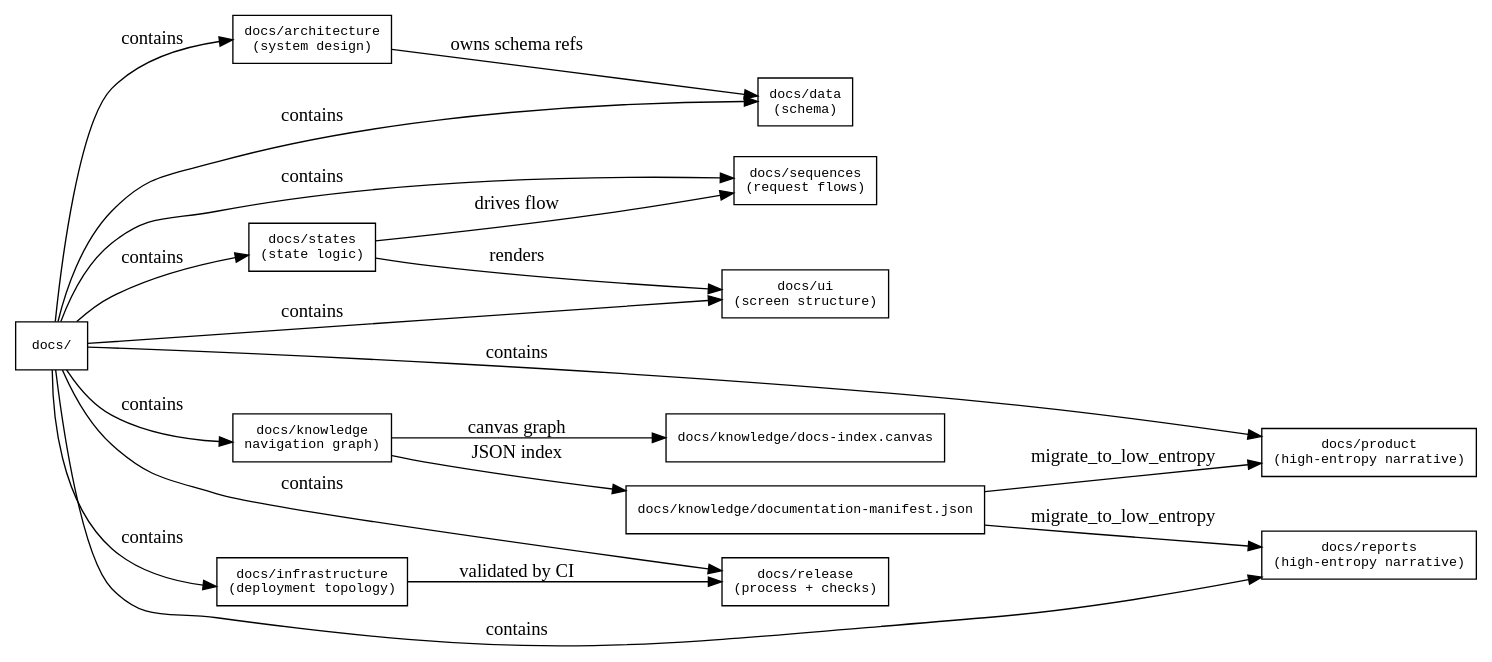
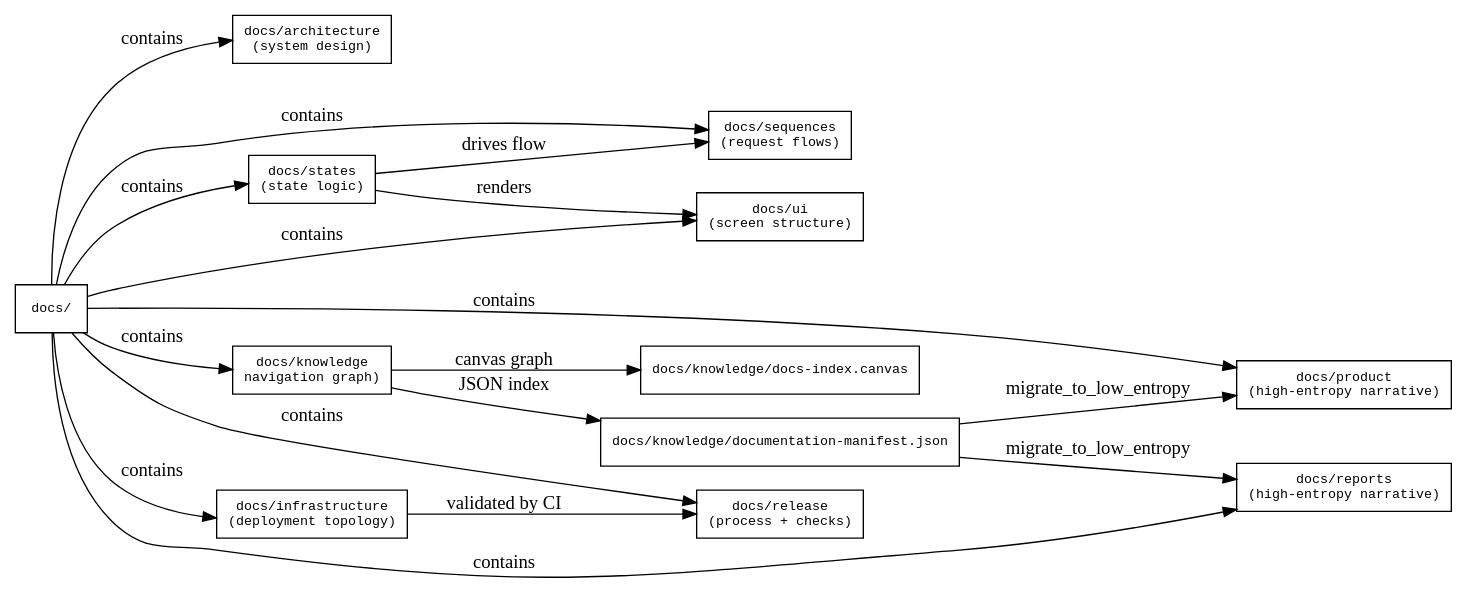
Before and after one commit to harishyadavcontact-alt/KHAL: the diagram in docs/architecture/documentation-topology.dot, drawn with Graphviz. The commit also changed 31 other files, not shown here.

```diff
--- a/docs/architecture/documentation-topology.dot
+++ b/docs/architecture/documentation-topology.dot
@@ -1,39 +1,36 @@
 digraph documentation_topology {
   rankdir=LR
   node [shape=box fontname="monospace" fontsize=10]
 
   DocsRoot [label="docs/"]
   Architecture [label="docs/architecture\n(system design)"]
-  Data [label="docs/data\n(schema)" ]
   States [label="docs/states\n(state logic)"]
   Sequences [label="docs/sequences\n(request flows)"]
   UI [label="docs/ui\n(screen structure)"]
   Knowledge [label="docs/knowledge\nnavigation graph)"]
   Infra [label="docs/infrastructure\n(deployment topology)"]
   Product [label="docs/product\n(high-entropy narrative)"]
   Reports [label="docs/reports\n(high-entropy narrative)"]
   Release [label="docs/release\n(process + checks)"]
 
   Manifest [label="docs/knowledge/documentation-manifest.json"]
   DocsIndex [label="docs/knowledge/docs-index.canvas"]
 
   DocsRoot -> Architecture [label="contains"]
-  DocsRoot -> Data [label="contains"]
   DocsRoot -> States [label="contains"]
   DocsRoot -> Sequences [label="contains"]
   DocsRoot -> UI [label="contains"]
   DocsRoot -> Knowledge [label="contains"]
   DocsRoot -> Infra [label="contains"]
   DocsRoot -> Product [label="contains"]
   DocsRoot -> Reports [label="contains"]
   DocsRoot -> Release [label="contains"]
 
   Knowledge -> Manifest [label="JSON index"]
   Knowledge -> DocsIndex [label="canvas graph"]
   Manifest -> Product [label="migrate_to_low_entropy"]
   Manifest -> Reports [label="migrate_to_low_entropy"]
-  Architecture -> Data [label="owns schema refs"]
   States -> Sequences [label="drives flow"]
   States -> UI [label="renders"]
   Infra -> Release [label="validated by CI"]
 }
```
